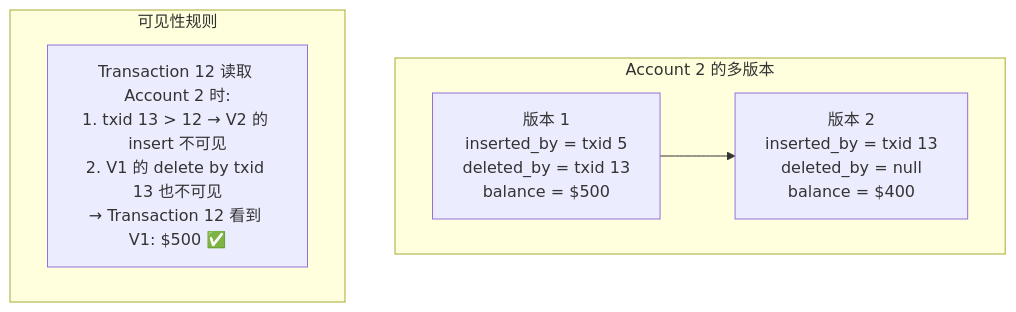
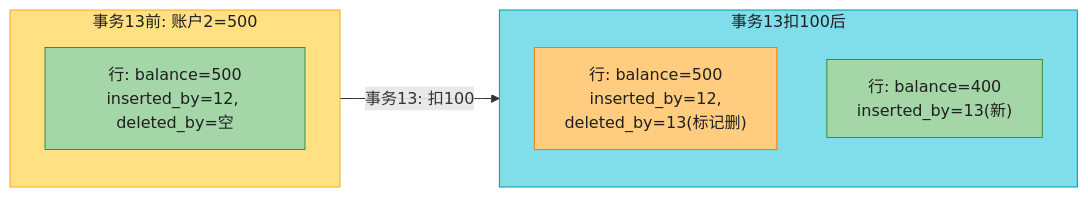
Diagram 12 of 40 in ch08-事务.md (socoo123/ddia_2nd), drawn with Mermaid before and after one commit. The commit also changed other lines of this file and 8 other files, not shown here.

First line of the commit message:
重写 ch01-ch09 读书笔记：风格统一 + 内容扩充 + 大量图表

````diff
--- a/ch08-事务.md
+++ b/ch08-事务.md
@@ -373,11 +405,16 @@
 ```mermaid
-graph TD
-    subgraph MVCC["Account 2 的多版本"]
-        V1["版本 1<br/>inserted_by = txid 5<br/>deleted_by = txid 13<br/>balance = $500"]
-        V2["版本 2<br/>inserted_by = txid 13<br/>deleted_by = null<br/>balance = $400"]
-        V1 --> V2
+flowchart LR
+    subgraph BEFORE["事务13前: 账户2=500"]
+        R1["行: balance=500<br/>inserted_by=12, deleted_by=空"]
     end
-    subgraph RULES["可见性规则"]
-        R["Transaction 12 读取 Account 2 时:<br/>1. txid 13 > 12 → V2 的 insert 不可见<br/>2. V1 的 delete by txid 13 也不可见<br/>→ Transaction 12 看到 V1: $500 ✅"]
+    subgraph AFTER["事务13扣100后"]
+        R1b["行: balance=500<br/>inserted_by=12,<br/>deleted_by=13(标记删)"]
+        R2["行: balance=400<br/>inserted_by=13(新)"]
     end
+    BEFORE -->|"事务13: 扣100"| AFTER
+    style BEFORE fill:#FFE082,stroke:#F9A825,color:#1f1f1f
+    style AFTER fill:#80DEEA,stroke:#0097A7,color:#1f1f1f
+    style R1 fill:#A5D6A7,stroke:#388E3C,color:#1f1f1f
+    style R1b fill:#FFCC80,stroke:#F57C00,color:#1f1f1f
+    style R2 fill:#A5D6A7,stroke:#388E3C,color:#1f1f1f
 ```
````
